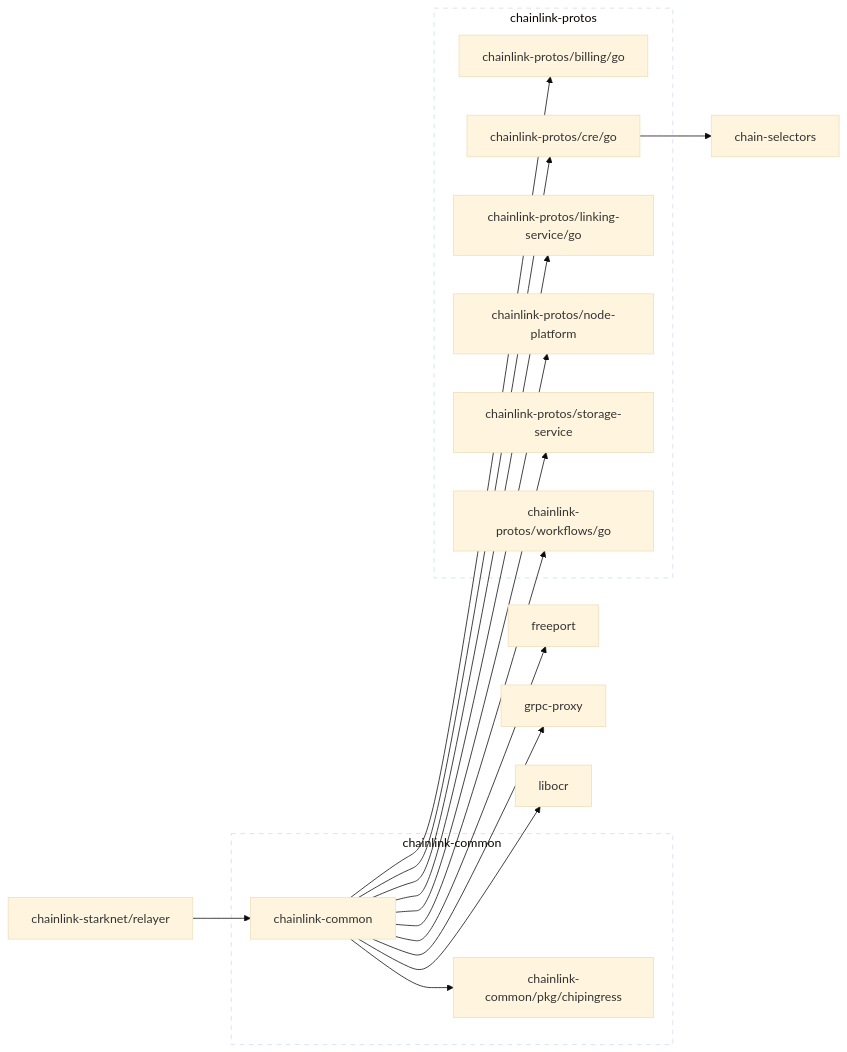
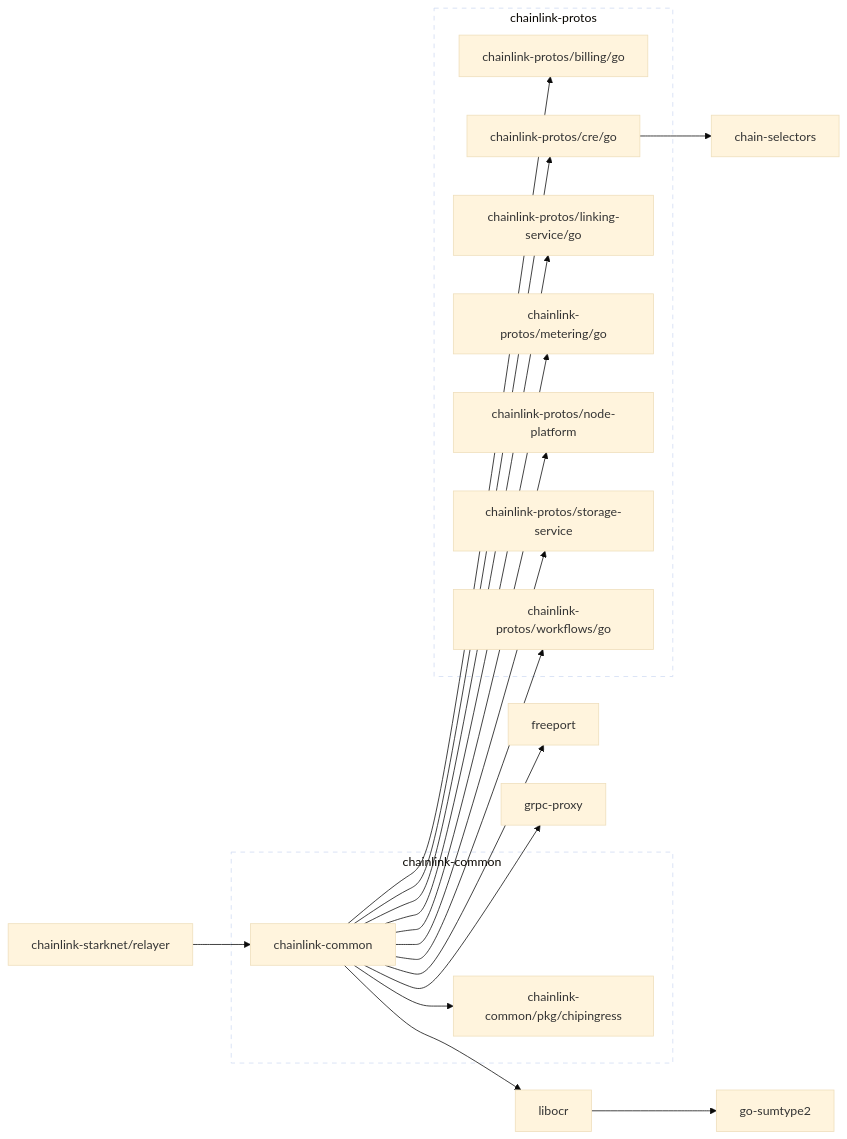
The first of 2 diagrams in go.md (smartcontractkit/chainlink-starknet), drawn with Mermaid (base theme) before and after one commit. The commit also changed other lines of this file and 1 other file, not shown here.

````diff
--- a/go.md
+++ b/go.md
@@ -3,58 +3,64 @@
 ```mermaid
 flowchart LR
 
 	chain-selectors
 	click chain-selectors href "https://github.com/smartcontractkit/chain-selectors"
 	chainlink-common --> chainlink-common/pkg/chipingress
 	chainlink-common --> chainlink-protos/billing/go
 	chainlink-common --> chainlink-protos/cre/go
 	chainlink-common --> chainlink-protos/linking-service/go
+	chainlink-common --> chainlink-protos/metering/go
 	chainlink-common --> chainlink-protos/node-platform
 	chainlink-common --> chainlink-protos/storage-service
 	chainlink-common --> chainlink-protos/workflows/go
 	chainlink-common --> freeport
 	chainlink-common --> grpc-proxy
 	chainlink-common --> libocr
 	click chainlink-common href "https://github.com/smartcontractkit/chainlink-common"
 	chainlink-common/pkg/chipingress
 	click chainlink-common/pkg/chipingress href "https://github.com/smartcontractkit/chainlink-common"
 	chainlink-protos/billing/go
 	click chainlink-protos/billing/go href "https://github.com/smartcontractkit/chainlink-protos"
 	chainlink-protos/cre/go --> chain-selectors
 	click chainlink-protos/cre/go href "https://github.com/smartcontractkit/chainlink-protos"
 	chainlink-protos/linking-service/go
 	click chainlink-protos/linking-service/go href "https://github.com/smartcontractkit/chainlink-protos"
+	chainlink-protos/metering/go
+	click chainlink-protos/metering/go href "https://github.com/smartcontractkit/chainlink-protos"
 	chainlink-protos/node-platform
 	click chainlink-protos/node-platform href "https://github.com/smartcontractkit/chainlink-protos"
 	chainlink-protos/storage-service
 	click chainlink-protos/storage-service href "https://github.com/smartcontractkit/chainlink-protos"
 	chainlink-protos/workflows/go
 	click chainlink-protos/workflows/go href "https://github.com/smartcontractkit/chainlink-protos"
 	chainlink-starknet/relayer --> chainlink-common
 	click chainlink-starknet/relayer href "https://github.com/smartcontractkit/chainlink-starknet"
 	freeport
 	click freeport href "https://github.com/smartcontractkit/freeport"
+	go-sumtype2
+	click go-sumtype2 href "https://github.com/smartcontractkit/go-sumtype2"
 	grpc-proxy
 	click grpc-proxy href "https://github.com/smartcontractkit/grpc-proxy"
-	libocr
+	libocr --> go-sumtype2
 	click libocr href "https://github.com/smartcontractkit/libocr"
 
 	subgraph chainlink-common-repo[chainlink-common]
 		 chainlink-common
 		 chainlink-common/pkg/chipingress
 	end
 	click chainlink-common-repo href "https://github.com/smartcontractkit/chainlink-common"
 
 	subgraph chainlink-protos-repo[chainlink-protos]
 		 chainlink-protos/billing/go
 		 chainlink-protos/cre/go
 		 chainlink-protos/linking-service/go
+		 chainlink-protos/metering/go
 		 chainlink-protos/node-platform
 		 chainlink-protos/storage-service
 		 chainlink-protos/workflows/go
 	end
 	click chainlink-protos-repo href "https://github.com/smartcontractkit/chainlink-protos"
 
 	classDef outline stroke-dasharray:6,fill:none;
 	class chainlink-common-repo,chainlink-protos-repo outline
 ```
````
